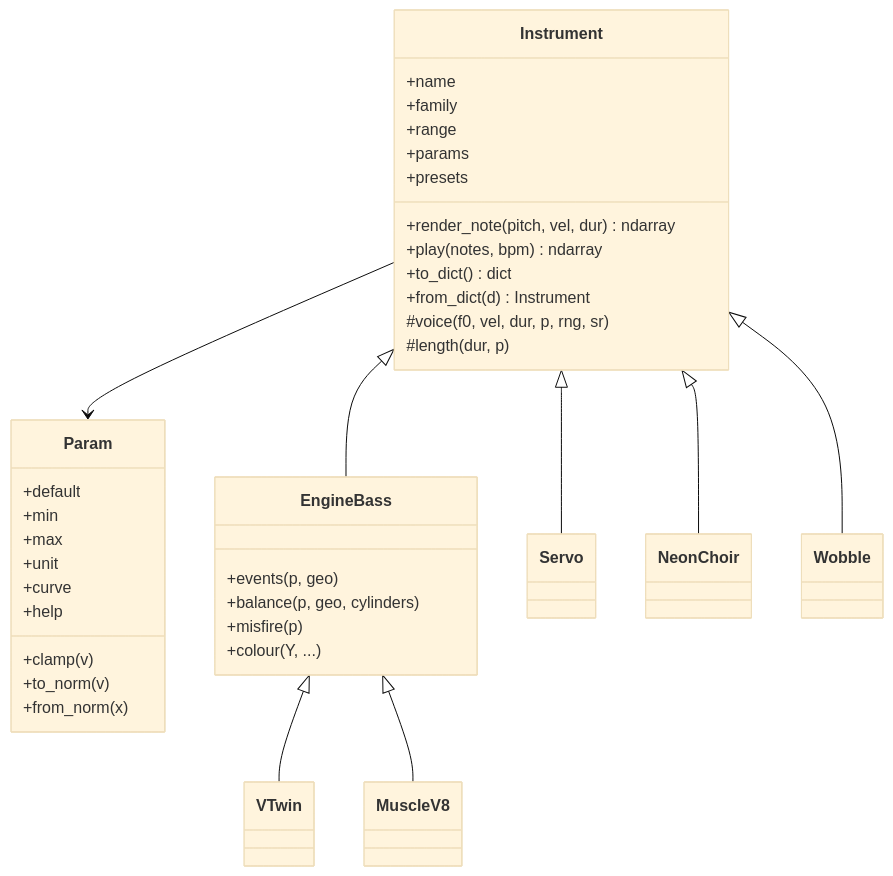
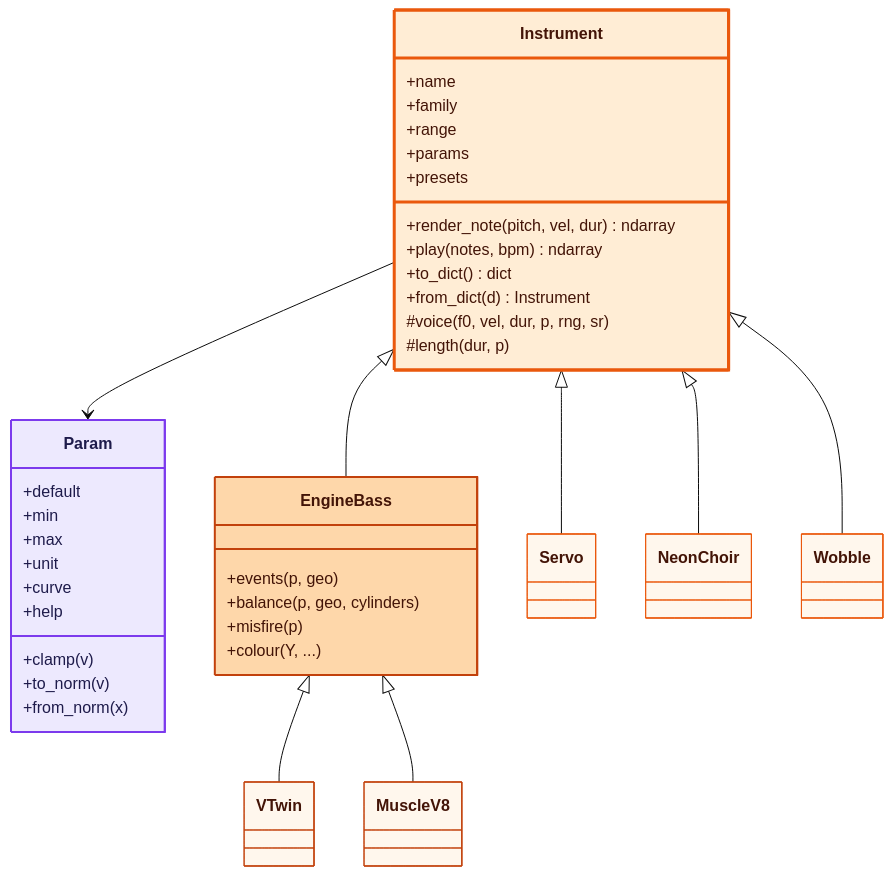
The fifth of 10 diagrams in README.md (MirTheDragon/Electric-Bat-Studio), drawn with Mermaid (base theme) before and after one commit. The commit also changed other lines of this file, not shown here.

First line of the commit message:
README: colour-coded diagrams, layer key, badges, family and status charts

````diff
--- a/README.md
+++ b/README.md
@@ -208,40 +284,49 @@
 ```mermaid
 classDiagram
     class Param {
         +default
         +min
         +max
         +unit
         +curve
         +help
         +clamp(v)
         +to_norm(v)
         +from_norm(x)
     }
     class Instrument {
         +name
         +family
         +range
         +params
         +presets
         +render_note(pitch, vel, dur) ndarray
         +play(notes, bpm) ndarray
         +to_dict() dict
         +from_dict(d) Instrument
         #voice(f0, vel, dur, p, rng, sr)
         #length(dur, p)
     }
     class EngineBass {
         +events(p, geo)
         +balance(p, geo, cylinders)
         +misfire(p)
         +colour(Y, ...)
     }
     Instrument --> Param
     Instrument <|-- Servo
     Instrument <|-- NeonChoir
     Instrument <|-- Wobble
     Instrument <|-- EngineBass
     EngineBass <|-- VTwin
     EngineBass <|-- MuscleV8
+
+    style Param fill:#ede9fe,stroke:#7c3aed,stroke-width:2px,color:#1e1b4b
+    style Instrument fill:#ffedd5,stroke:#ea580c,stroke-width:3px,color:#431407
+    style EngineBass fill:#fed7aa,stroke:#c2410c,stroke-width:2px,color:#431407
+    style Servo fill:#fff7ed,stroke:#ea580c,color:#431407
+    style NeonChoir fill:#fff7ed,stroke:#ea580c,color:#431407
+    style Wobble fill:#fff7ed,stroke:#ea580c,color:#431407
+    style VTwin fill:#fff7ed,stroke:#c2410c,color:#431407
+    style MuscleV8 fill:#fff7ed,stroke:#c2410c,color:#431407
 ```
````
